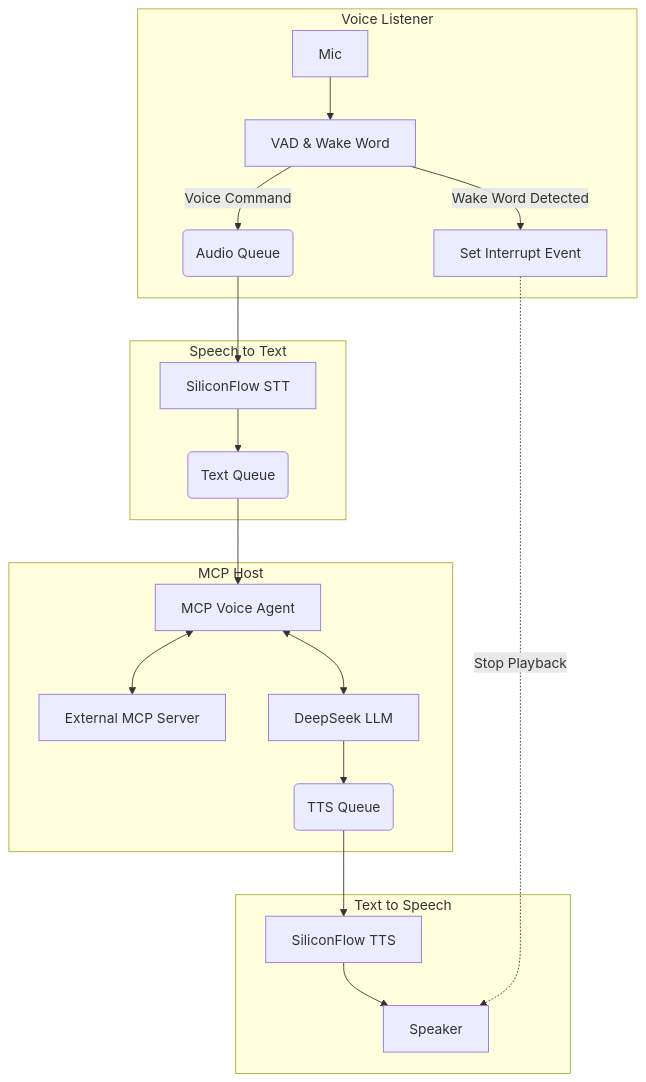
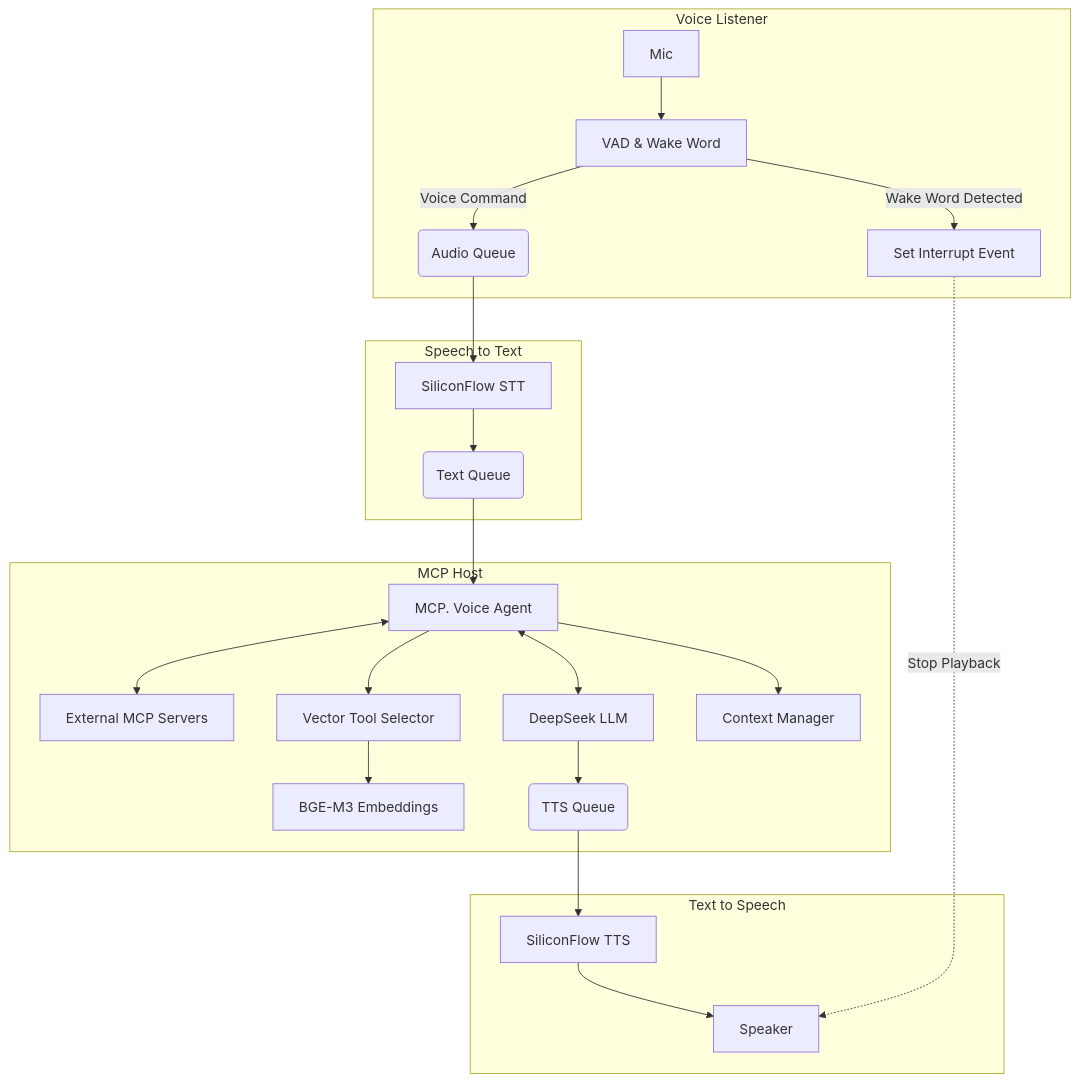
Before and after one commit to cyijun/hachimi: the diagram in README.md, drawn with Mermaid. The commit also changed other lines of this file and 1 other file, not shown here.

````diff
--- a/README.md
+++ b/README.md
@@ -23,26 +32,29 @@
 ```mermaid
 graph TD
     subgraph KWS_Process [Voice Listener]
         Mic --> VAD[VAD & Wake Word]
         VAD -- "Wake Word Detected" --> Interrupt[Set Interrupt Event]
         VAD -- "Voice Command" --> AudioQ(Audio Queue)
     end
 
     subgraph STT_Process [Speech to Text]
         AudioQ --> STT_API[SiliconFlow STT]
         STT_API --> TextQ(Text Queue)
     end
 
     subgraph LLM_Process [MCP Host]
-        TextQ --> MCP_Agent[MCP Voice Agent]
-        MCP_Agent <--> MCPServer[External MCP Server]
+        TextQ --> MCP_Agent[MCP. Voice Agent]
+        MCP_Agent <--> MCPServer[External MCP Servers]
+        MCP_Agent --> ToolSelector[Vector Tool Selector]
+        ToolSelector --> Embeddings[BGE-M3 Embeddings]
         MCP_Agent <--> DeepSeek[DeepSeek LLM]
+        MCP_Agent --> ContextMgr[Context Manager]
         DeepSeek --> TTSQ(TTS Queue)
     end
 
     subgraph TTS_Process [Text to Speech]
         TTSQ --> TTS_API[SiliconFlow TTS]
         TTS_API --> Speaker
         Interrupt -.-> |Stop Playback| Speaker
     end
 ```
````
